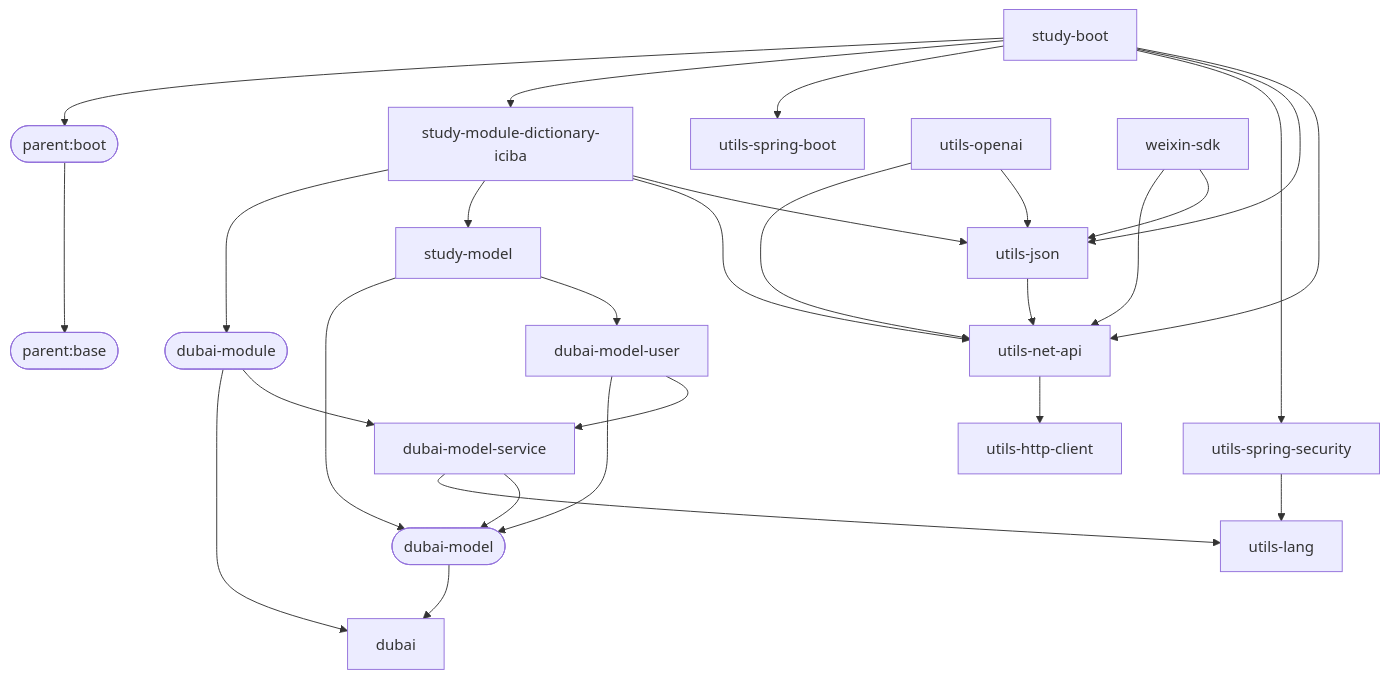
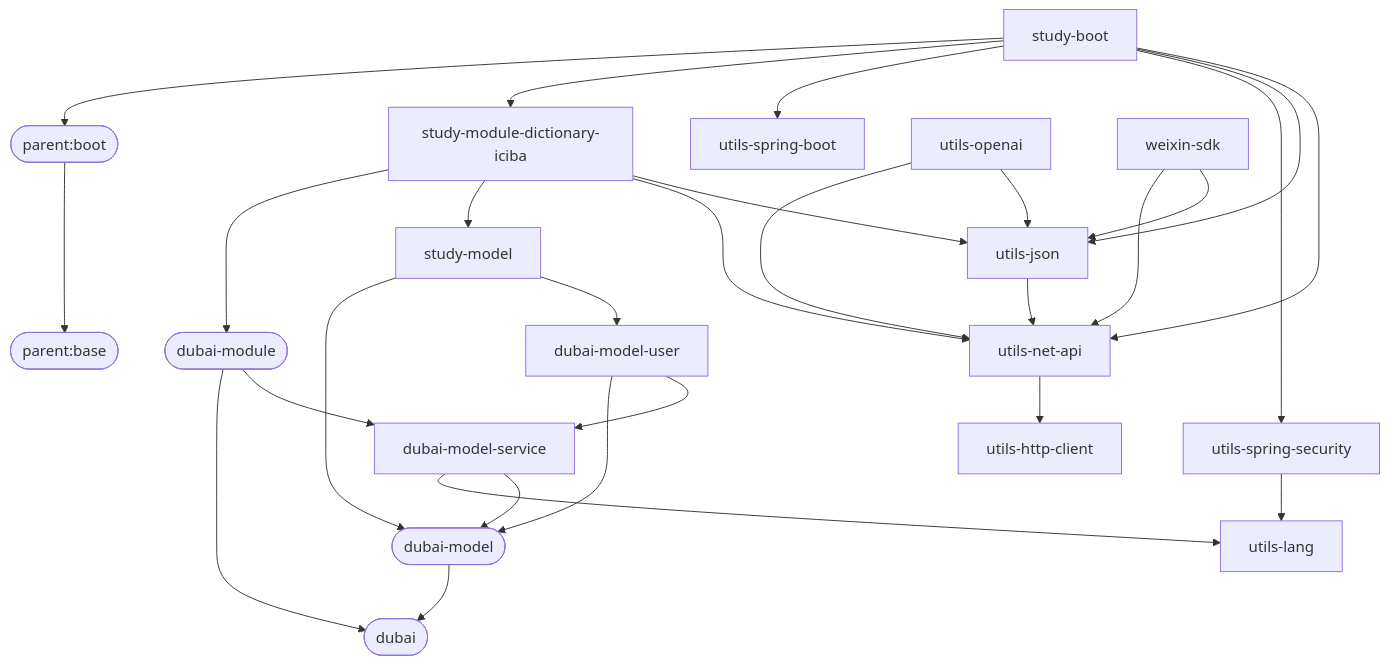
One commit to dbstarll/dbstarll.github.io changed the diagram in README.md. Above: the diagram before and after it, drawn with Mermaid. The commit also changed other lines of this file, not shown here.

Commit message:
utils-json改名为utils-json-api

````diff
--- a/README.md
+++ b/README.md
@@ -20,41 +21,42 @@
 ```mermaid
 graph TD;
     parent.base([parent:base]);
     parent.boot([parent:boot])--->parent.base;
 
     utils-spring-security-->utils-lang;
 
     utils-net-api-->utils-http-client;
 
     utils-json-->utils-net-api;
 
+    dubai([dubai]);
     dubai-model([dubai-model])-->dubai;
     dubai-model-service-->utils-lang;
     dubai-model-service-->dubai-model;
     dubai-module([dubai-module])-->dubai;
     dubai-module-->dubai-model-service;
     
     dubai-model-user-->dubai-model;
     dubai-model-user-->dubai-model-service;
 
     study-module-dictionary-iciba-->dubai-module;
     study-module-dictionary-iciba-->study-model;
     study-module-dictionary-iciba-->utils-net-api;
     study-module-dictionary-iciba-->utils-json;
 
     study-model-->dubai-model;
     study-model-->dubai-model-user;
 
     study-boot-->parent.boot;
     study-boot-->study-module-dictionary-iciba;
     study-boot-->utils-spring-boot;
     study-boot-->utils-spring-security;
     study-boot-->utils-json;
     study-boot-->utils-net-api;
 
     utils-openai-->utils-net-api;
     utils-openai-->utils-json;
 
     weixin-sdk-->utils-net-api;
     weixin-sdk-->utils-json;
 ```
````
